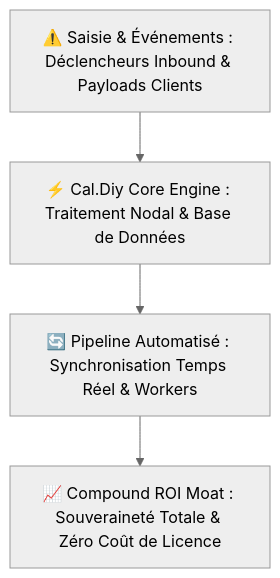
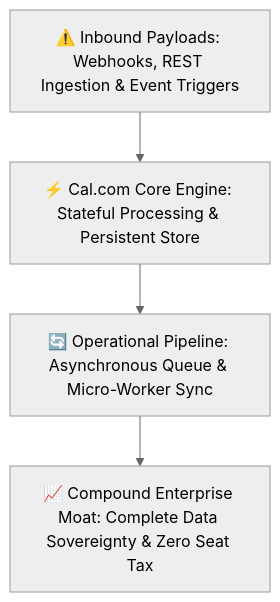
Before and after one commit to heliatech-media/saas-radar: the diagram in site/src/content/repos/cal-com.md, drawn with Mermaid (neutral theme). The commit also changed other lines of this file and 11 other files, not shown here.

````diff
--- a/site/src/content/repos/cal-com.md
+++ b/site/src/content/repos/cal-com.md
@@ -38,6 +38,6 @@
 ```mermaid
 flowchart TD
-    Inp["⚠️ Saisie & Événements : Déclencheurs Inbound & Payloads Clients"] --> Eng["⚡ Cal.Diy Core Engine : Traitement Nodal & Base de Données"]
-    Eng --> Pipe["🔄 Pipeline Automatisé : Synchronisation Temps Réel & Workers"]
-    Pipe --> Moat["📈 Compound ROI Moat : Souveraineté Totale & Zéro Coût de Licence"]
+    Inp["⚠️ Inbound Payloads: Webhooks, REST Ingestion & Event Triggers"] --> Eng["⚡ Cal.com Core Engine: Stateful Processing & Persistent Store"]
+    Eng --> Pipe["🔄 Operational Pipeline: Asynchronous Queue & Micro-Worker Sync"]
+    Pipe --> Moat["📈 Compound Enterprise Moat: Complete Data Sovereignty & Zero Seat Tax"]
 ```
````
